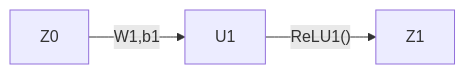
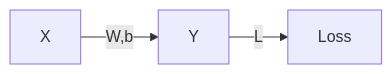
The first of 3 diagrams in Notes-of-Arts-and-Sciecne/智能科学/神经网络/神经网络.md (LizPink/Notes), drawn with Mermaid before and after one commit. The commit also changed other lines of this file and 371 other files, not shown here.

````diff
--- a/Notes-of-Arts-and-Sciecne/智能科学/神经网络/神经网络.md
+++ b/Notes-of-Arts-and-Sciecne/智能科学/神经网络/神经网络.md
@@ -125,4 +240,4 @@
 ```mermaid
 graph LR
-A["Z0"] --"W1,b1"--> B["U1"] --"ReLU1()"--> C["Z1"]
+A["X"] --"W,b"--> B["Y"] --L--> C["Loss"]
 ```
````
